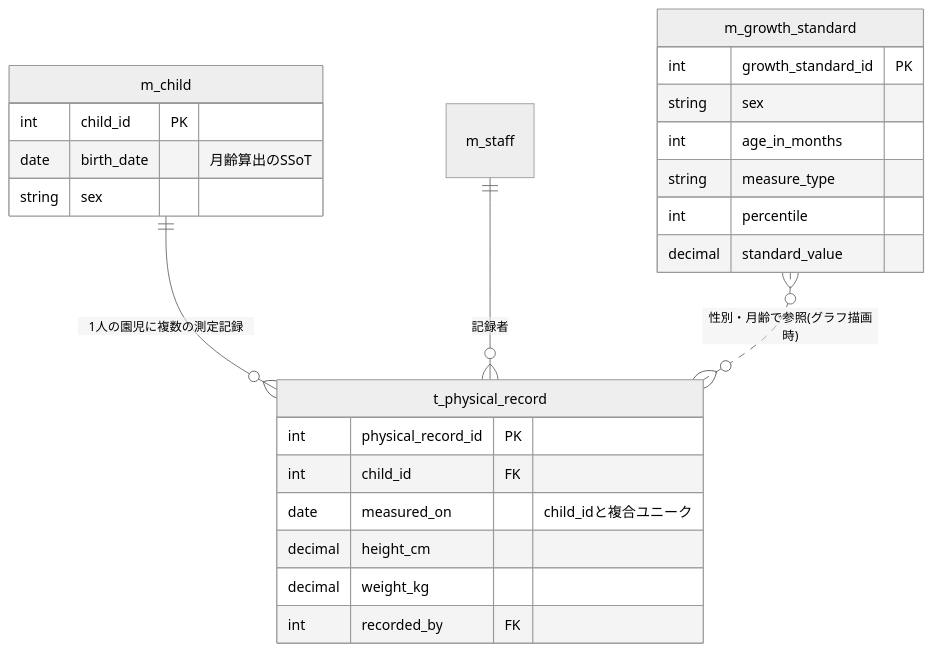
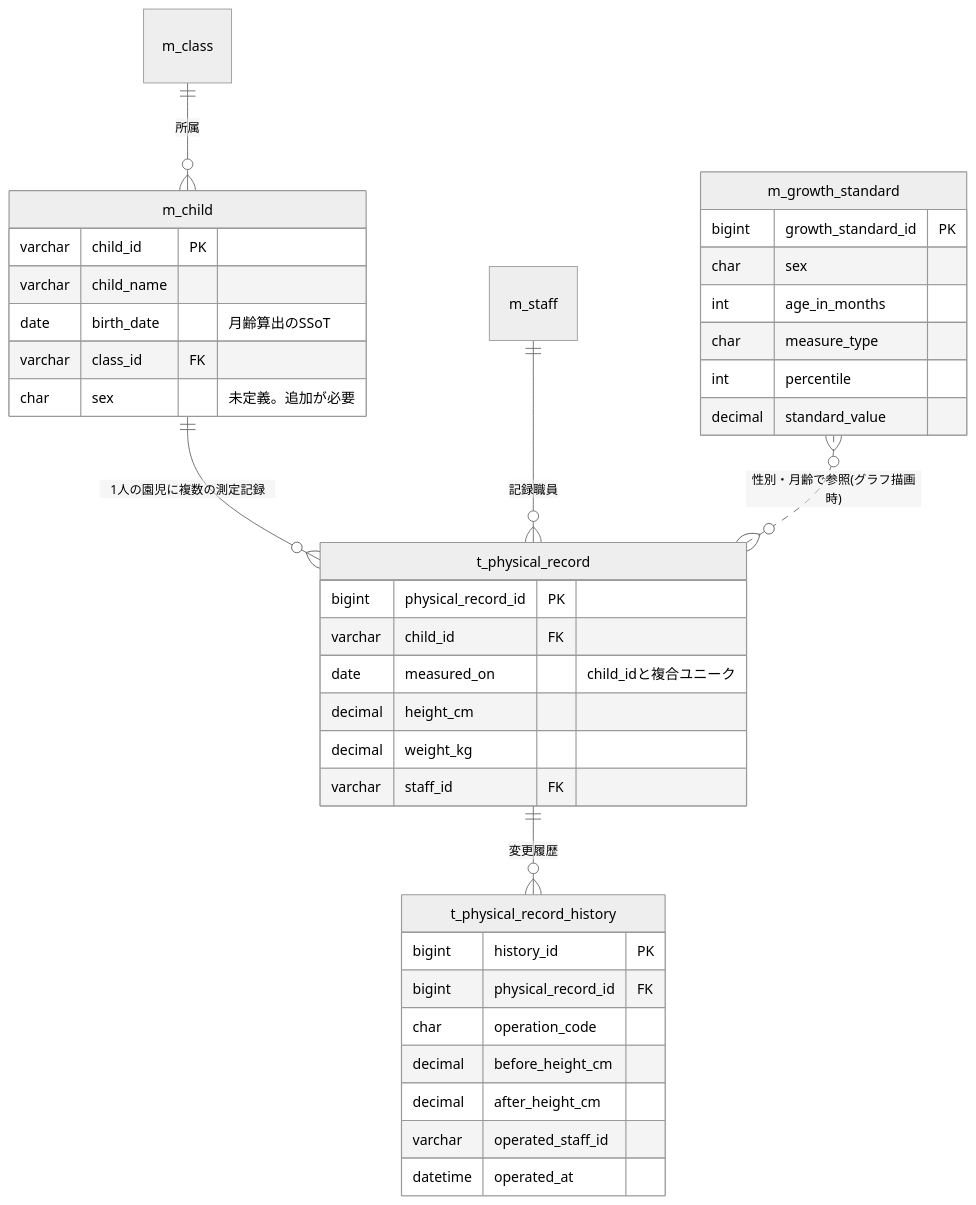
The second of 2 diagrams in 基本設計書（身体記録のみ）.md (issei0423/sukusuku_system), drawn with Mermaid (neutral theme) before and after one commit. The commit also changed other lines of this file, not shown here.

````diff
--- a/基本設計書（身体記録のみ）.md
+++ b/基本設計書（身体記録のみ）.md
@@ -235,28 +372,41 @@
 ```mermaid
 erDiagram
     m_child ||--o{ t_physical_record : "1人の園児に複数の測定記録"
-    m_staff ||--o{ t_physical_record : "記録者"
+    m_staff ||--o{ t_physical_record : "記録職員"
+    m_class ||--o{ m_child : "所属"
+    t_physical_record ||--o{ t_physical_record_history : "変更履歴"
     m_growth_standard }o..o{ t_physical_record : "性別・月齢で参照(グラフ描画時)"
 
     m_child {
-        int child_id PK
+        varchar child_id PK
+        varchar child_name
         date birth_date "月齢算出のSSoT"
-        string sex
+        varchar class_id FK
+        char sex "未定義。追加が必要"
     }
     t_physical_record {
-        int physical_record_id PK
-        int child_id FK
+        bigint physical_record_id PK
+        varchar child_id FK
         date measured_on "child_idと複合ユニーク"
         decimal height_cm
         decimal weight_kg
-        int recorded_by FK
+        varchar staff_id FK
+    }
+    t_physical_record_history {
+        bigint history_id PK
+        bigint physical_record_id FK
+        char operation_code
+        decimal before_height_cm
+        decimal after_height_cm
+        varchar operated_staff_id
+        datetime operated_at
     }
     m_growth_standard {
-        int growth_standard_id PK
-        string sex
+        bigint growth_standard_id PK
+        char sex
         int age_in_months
-        string measure_type
+        char measure_type
         int percentile
         decimal standard_value
     }
 ```
````
